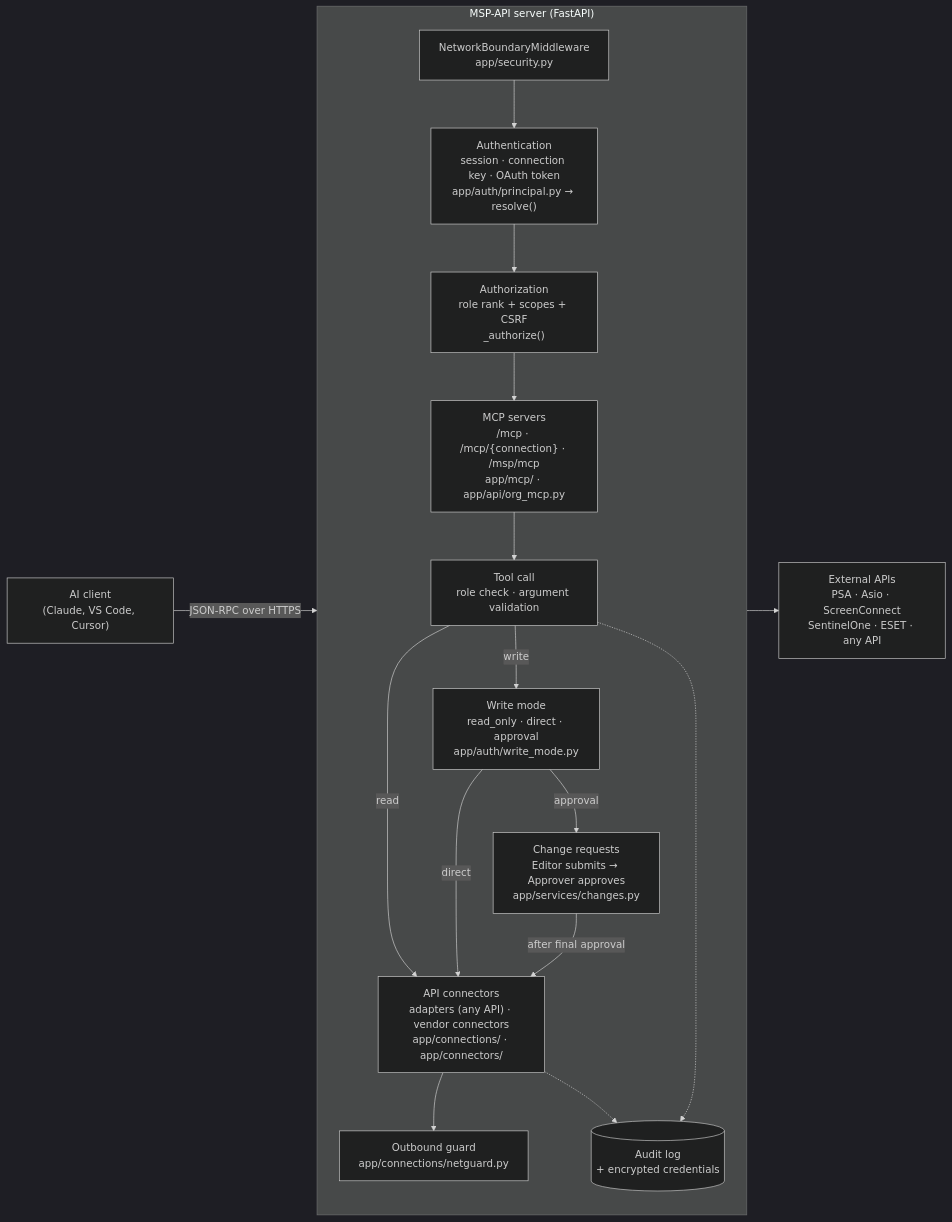
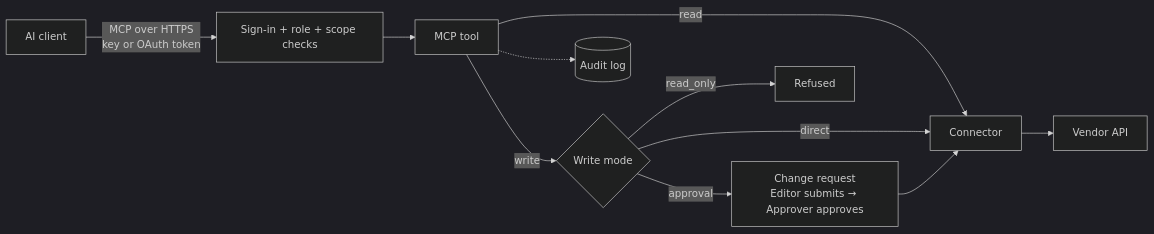
One commit to practicinglife/MSP-Api-new changed the diagram in README.md. Above: the diagram before and after it, drawn with Mermaid (dark theme). The commit also changed other lines of this file and 2 other files, not shown here.

First line of the commit message:
Shorten README; move technical detail to docs/ARCHITECTURE.md

````diff
--- a/README.md
+++ b/README.md
@@ -77,29 +37,12 @@
 ```mermaid
 flowchart LR
-    AI["AI client<br/>(Claude, VS Code, Cursor)"]
-
-    subgraph Server["MSP-API server (FastAPI)"]
-        direction TB
-        MW["NetworkBoundaryMiddleware<br/>app/security.py"]
-        AUTH["Authentication<br/>session · connection key · OAuth token<br/>app/auth/principal.py → resolve()"]
-        AUTHZ["Authorization<br/>role rank + scopes + CSRF<br/>_authorize()"]
-        MCP["MCP servers<br/>/mcp · /mcp/{connection} · /msp/mcp<br/>app/mcp/ · app/api/org_mcp.py"]
-        TOOL["Tool call<br/>role check · argument validation"]
-        WM["Write mode<br/>read_only · direct · approval<br/>app/auth/write_mode.py"]
-        CHG["Change requests<br/>Editor submits → Approver approves<br/>app/services/changes.py"]
-        CONN["API connectors<br/>adapters (any API) · vendor connectors<br/>app/connections/ · app/connectors/"]
-        NG["Outbound guard<br/>app/connections/netguard.py"]
-        AUD[("Audit log<br/>+ encrypted credentials")]
-    end
-
-    VENDOR["External APIs<br/>PSA · Asio · ScreenConnect<br/>SentinelOne · ESET · any API"]
-
-    AI -->|"JSON-RPC over HTTPS"| MW --> AUTH --> AUTHZ --> MCP --> TOOL
-    TOOL -->|read| CONN
-    TOOL -->|write| WM
+    AI["AI client"] -->|"MCP over HTTPS<br/>key or OAuth token"| AUTH["Sign-in + role + scope checks"]
+    AUTH --> TOOL["MCP tool"]
+    TOOL -->|read| CONN["Connector"]
+    TOOL -->|write| WM{"Write mode"}
     WM -->|direct| CONN
-    WM -->|approval| CHG -->|after final approval| CONN
-    CONN --> NG --> VENDOR
-    TOOL -.-> AUD
-    CONN -.-> AUD
+    WM -->|approval| CHG["Change request<br/>Editor submits → Approver approves"] --> CONN
+    WM -->|read_only| NO["Refused"]
+    CONN --> V["Vendor API"]
+    TOOL -.-> AUD[("Audit log")]
 ```
````
